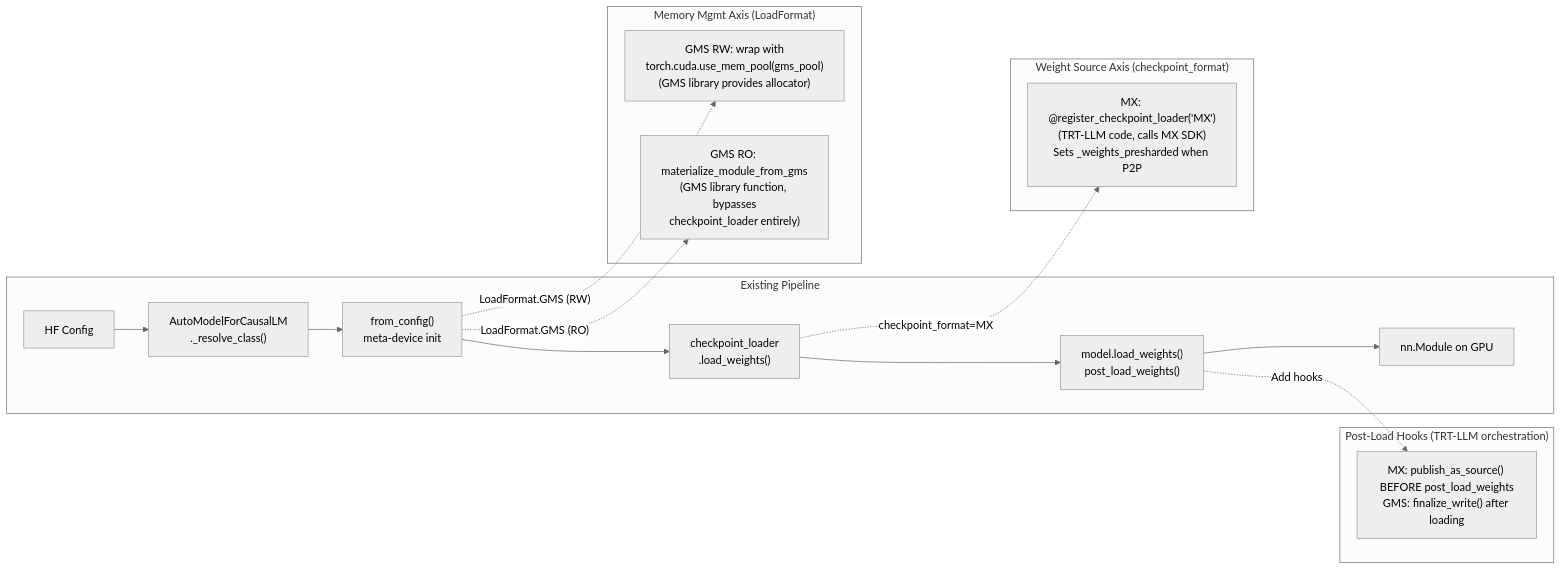
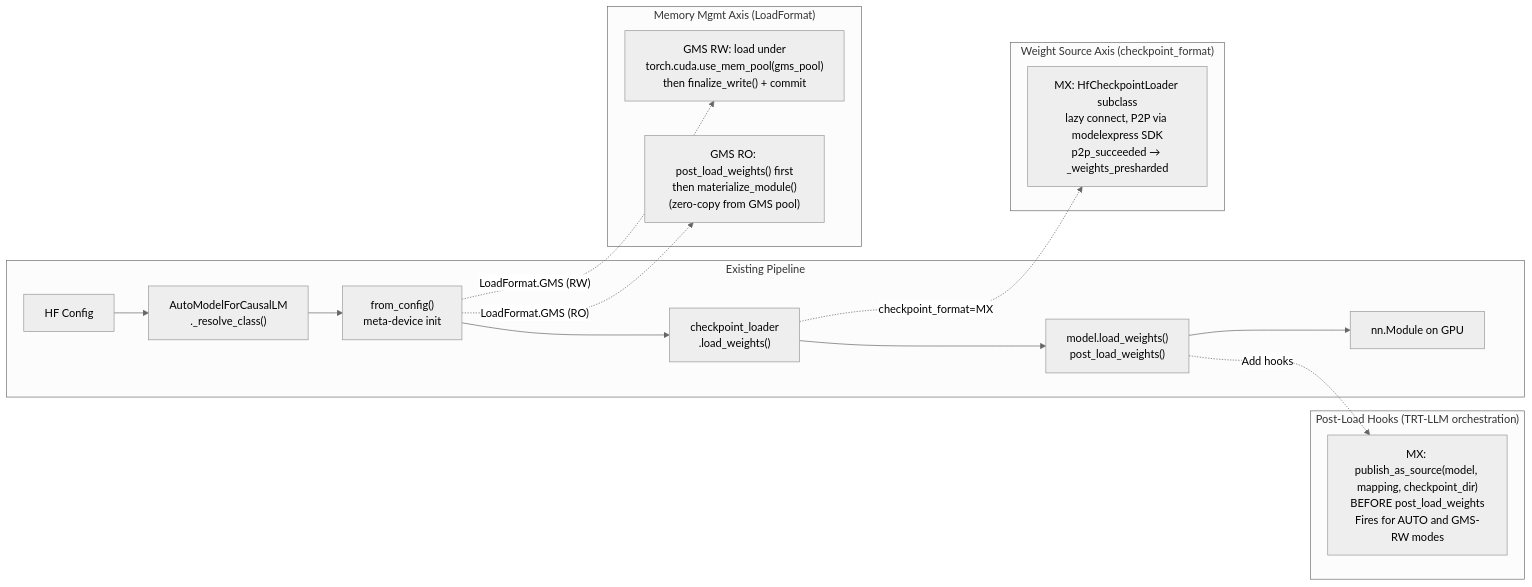
The fifth of 5 diagrams in docs/design/mx-gms-integration/03-architecture.md (chienchunhung/TensorRT-LLM), drawn with Mermaid (neutral theme) before and after one commit. The commit also changed other lines of this file and 3 other files, not shown here.

````diff
--- a/docs/design/mx-gms-integration/03-architecture.md
+++ b/docs/design/mx-gms-integration/03-architecture.md
@@ -113,28 +125,28 @@
 ```mermaid
 flowchart LR
     subgraph "Existing Pipeline"
         A["HF Config"] --> B["AutoModelForCausalLM<br/>._resolve_class()"]
         B --> C["from_config()<br/>meta-device init"]
         C --> D["checkpoint_loader<br/>.load_weights()"]
         D --> E["model.load_weights()<br/>post_load_weights()"]
         E --> F["nn.Module on GPU"]
     end
 
     subgraph "Weight Source Axis (checkpoint_format)"
-        D1["MX: @register_checkpoint_loader('MX')<br/>(TRT-LLM code, calls MX SDK)<br/>Sets _weights_presharded when P2P"]
+        D1["MX: HfCheckpointLoader subclass<br/>lazy connect, P2P via modelexpress SDK<br/>p2p_succeeded → _weights_presharded"]
     end
 
     subgraph "Memory Mgmt Axis (LoadFormat)"
-        D3["GMS RW: wrap with<br/>torch.cuda.use_mem_pool(gms_pool)<br/>(GMS library provides allocator)"]
-        D4["GMS RO: materialize_module_from_gms<br/>(GMS library function, bypasses<br/>checkpoint_loader entirely)"]
+        D3["GMS RW: load under<br/>torch.cuda.use_mem_pool(gms_pool)<br/>then finalize_write() + commit"]
+        D4["GMS RO: post_load_weights() first<br/>then materialize_module()<br/>(zero-copy from GMS pool)"]
     end
 
     subgraph "Post-Load Hooks (TRT-LLM orchestration)"
-        D2["MX: publish_as_source() BEFORE post_load_weights<br/>GMS: finalize_write() after loading"]
+        D2["MX: publish_as_source(model, mapping, checkpoint_dir)<br/>BEFORE post_load_weights<br/>Fires for AUTO and GMS-RW modes"]
     end
 
     D -.->|"checkpoint_format=MX"| D1
     C -.->|"LoadFormat.GMS (RW)"| D3
     C -.->|"LoadFormat.GMS (RO)"| D4
     E -.->|"Add hooks"| D2
 ```
````
